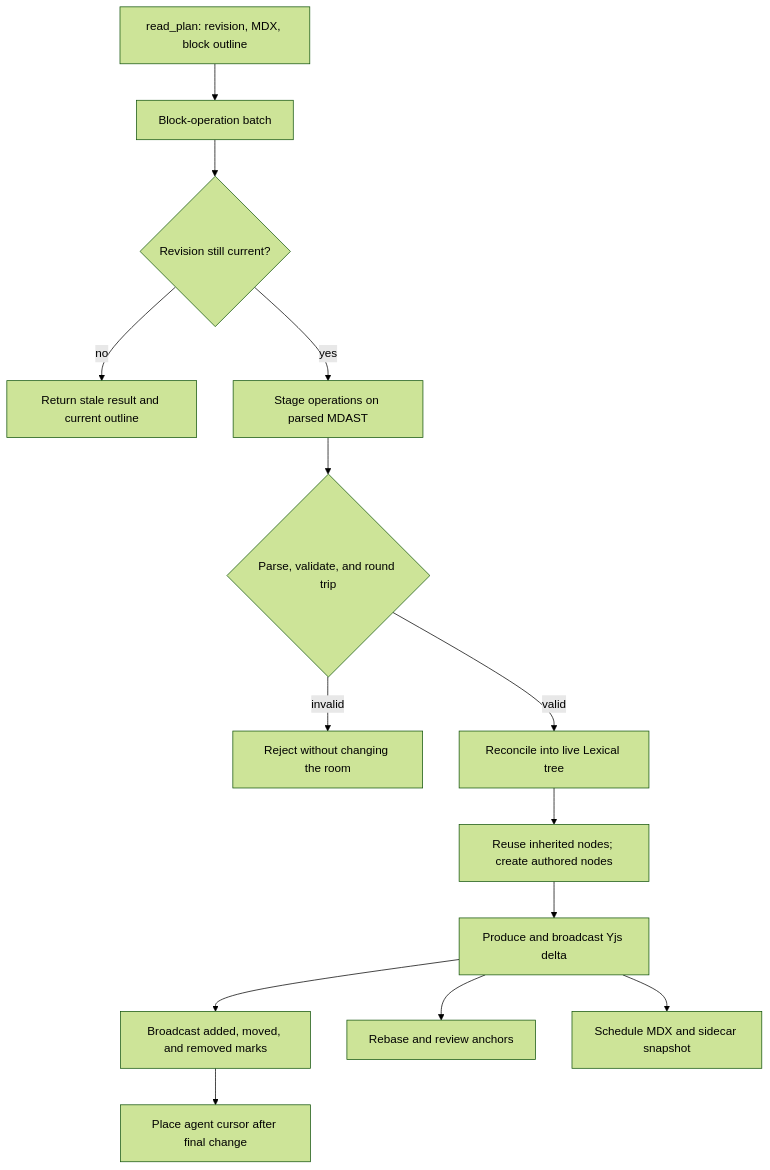
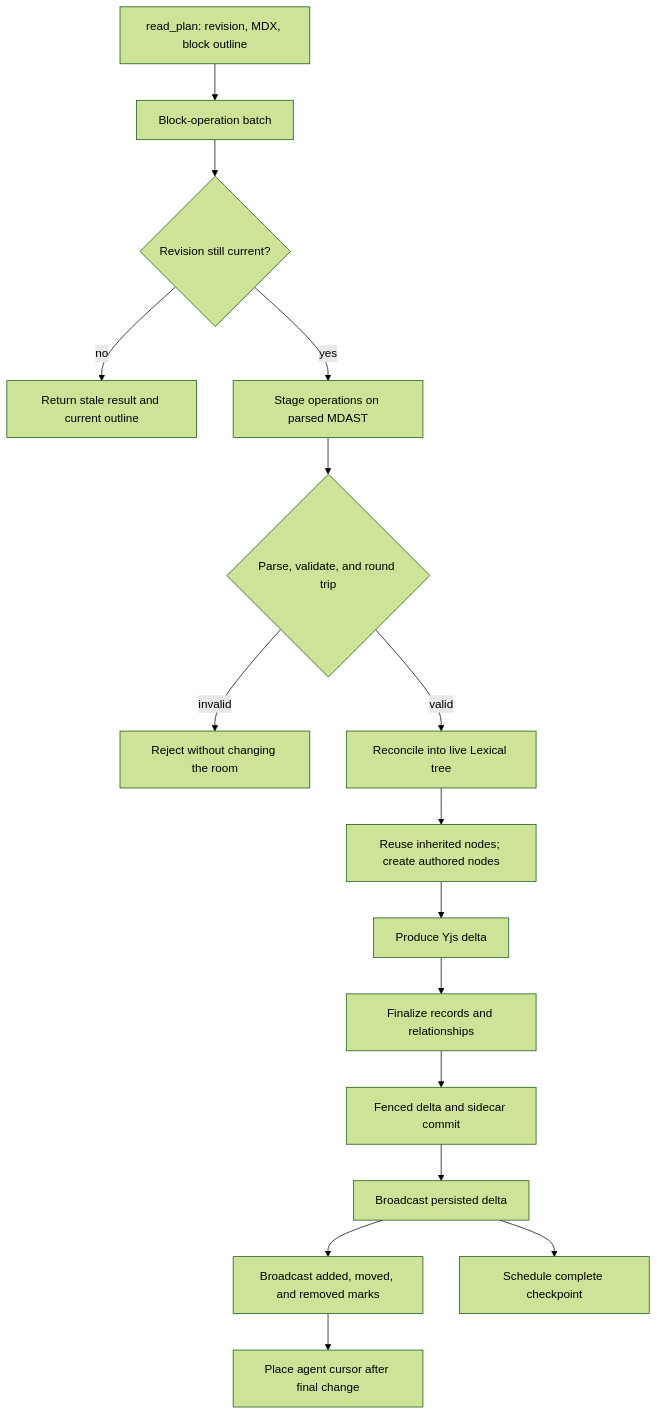
One commit to githubnext/chopin changed the third of 3 diagrams in docs/architecture.md. Above: the diagram before and after it, drawn with Mermaid (forest theme). The commit also changed other lines of this file and 74 other files, not shown here.

````diff
--- a/docs/architecture.md
+++ b/docs/architecture.md
@@ -114,16 +122,18 @@
 ```mermaid
 flowchart TD
 	R["read_plan: revision, MDX, block outline"] --> O[Block-operation batch]
 	O --> C{Revision still current?}
 	C -- no --> ST[Return stale result and current outline]
 	C -- yes --> M[Stage operations on parsed MDAST]
 	M --> V{"Parse, validate, and round trip"}
 	V -- invalid --> RE[Reject without changing the room]
 	V -- valid --> RC[Reconcile into live Lexical tree]
 	RC --> ID["Reuse inherited nodes; create authored nodes"]
-	ID --> Y[Produce and broadcast Yjs delta]
-	Y --> CH[Broadcast added, moved, and removed marks]
+	ID --> Y[Produce Yjs delta]
+	Y --> AN[Finalize records and relationships]
+	AN --> DC[Fenced delta and sidecar commit]
+	DC --> BR[Broadcast persisted delta]
+	BR --> CH[Broadcast added, moved, and removed marks]
 	CH --> CU[Place agent cursor after final change]
-	Y --> AN[Rebase and review anchors]
-	Y --> SN[Schedule MDX and sidecar snapshot]
+	BR --> SN[Schedule complete checkpoint]
 ```
````
